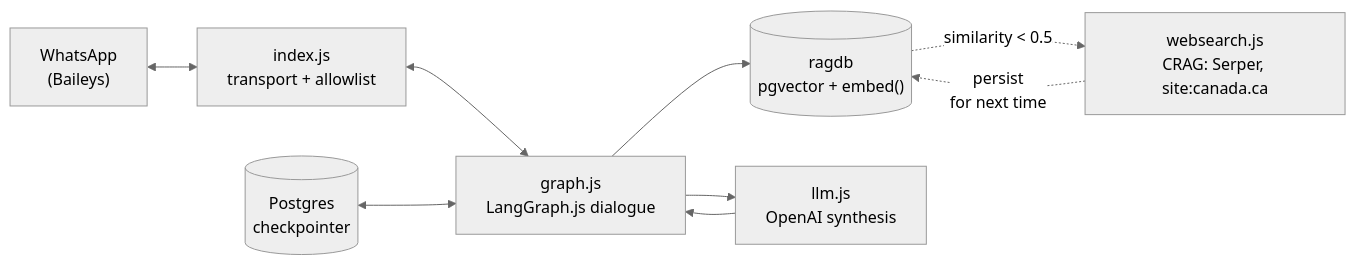
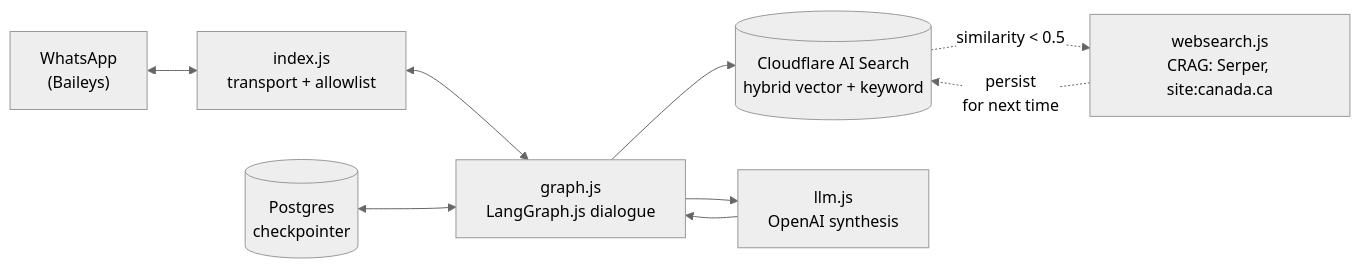
The diagram in README.md (kattakath/ircc-whatsapp-bot), drawn with Mermaid (neutral theme) before and after one commit. The commit also changed other lines of this file and 22 other files, not shown here.

First line of the commit message:
packages, homeManagerModules, checks, docs: retrieve from Cloudflare AI Search instead of the local pgvector ragdb (#20)

````diff
--- a/README.md
+++ b/README.md
@@ -13,11 +13,11 @@
 ```mermaid
 flowchart LR
     WA["WhatsApp\n(Baileys)"] <--> IDX["index.js\ntransport + allowlist"]
     IDX <--> GRAPH["graph.js\nLangGraph.js dialogue"]
     CKPT[("Postgres\ncheckpointer")] <--> GRAPH
-    GRAPH --> DB[("ragdb\npgvector + embed()")]
+    GRAPH --> DB[("Cloudflare AI Search\nhybrid vector + keyword")]
     DB -. "similarity < 0.5" .-> WEB["websearch.js\nCRAG: Serper, site:canada.ca"]
     WEB -. "persist\nfor next time" .-> DB
     GRAPH --> LLM["llm.js\nOpenAI synthesis"]
     LLM --> GRAPH
 ```
````
